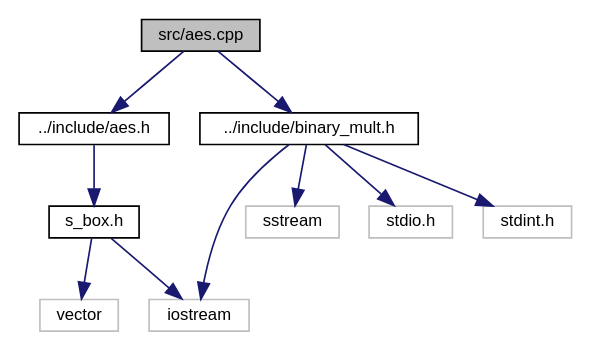
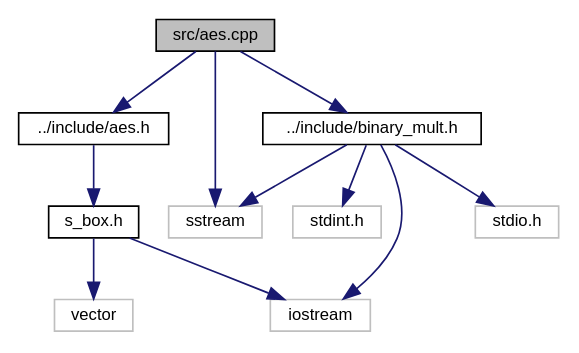
The diagram in docs/aes_8cpp__incl.dot (Eric-Durr/PRCT06-AES), drawn with Graphviz before and after one commit. The commit also changed 147 other files, not shown here.

```diff
--- a/docs/aes_8cpp__incl.dot
+++ b/docs/aes_8cpp__incl.dot
@@ -1,24 +1,24 @@
 digraph "src/aes.cpp"
 {
- // LATEX_PDF_SIZE
   edge [fontname="Helvetica",fontsize="10",labelfontname="Helvetica",labelfontsize="10"];
   node [fontname="Helvetica",fontsize="10",shape=record];
-  Node1 [label="src/aes.cpp",height=0.2,width=0.4,color="black", fillcolor="grey75", style="filled", fontcolor="black",tooltip=" "];
-  Node1 -> Node2 [color="midnightblue",fontsize="10",style="solid",fontname="Helvetica"];
-  Node2 [label="../include/aes.h",height=0.2,width=0.4,color="black", fillcolor="white", style="filled",URL="$aes_8h.html",tooltip=" "];
+  Node0 [label="src/aes.cpp",height=0.2,width=0.4,color="black", fillcolor="grey75", style="filled", fontcolor="black"];
+  Node0 -> Node1 [color="midnightblue",fontsize="10",style="solid",fontname="Helvetica"];
+  Node1 [label="sstream",height=0.2,width=0.4,color="grey75", fillcolor="white", style="filled"];
+  Node0 -> Node2 [color="midnightblue",fontsize="10",style="solid",fontname="Helvetica"];
+  Node2 [label="../include/aes.h",height=0.2,width=0.4,color="black", fillcolor="white", style="filled",URL="$aes_8h.html"];
   Node2 -> Node3 [color="midnightblue",fontsize="10",style="solid",fontname="Helvetica"];
-  Node3 [label="s_box.h",height=0.2,width=0.4,color="black", fillcolor="white", style="filled",URL="$s__box_8h.html",tooltip=" "];
+  Node3 [label="s_box.h",height=0.2,width=0.4,color="black", fillcolor="white", style="filled",URL="$s__box_8h.html"];
   Node3 -> Node4 [color="midnightblue",fontsize="10",style="solid",fontname="Helvetica"];
-  Node4 [label="vector",height=0.2,width=0.4,color="grey75", fillcolor="white", style="filled",tooltip=" "];
+  Node4 [label="vector",height=0.2,width=0.4,color="grey75", fillcolor="white", style="filled"];
   Node3 -> Node5 [color="midnightblue",fontsize="10",style="solid",fontname="Helvetica"];
-  Node5 [label="iostream",height=0.2,width=0.4,color="grey75", fillcolor="white", style="filled",tooltip=" "];
-  Node1 -> Node6 [color="midnightblue",fontsize="10",style="solid",fontname="Helvetica"];
-  Node6 [label="../include/binary_mult.h",height=0.2,width=0.4,color="black", fillcolor="white", style="filled",URL="$binary__mult_8h.html",tooltip=" "];
+  Node5 [label="iostream",height=0.2,width=0.4,color="grey75", fillcolor="white", style="filled"];
+  Node0 -> Node6 [color="midnightblue",fontsize="10",style="solid",fontname="Helvetica"];
+  Node6 [label="../include/binary_mult.h",height=0.2,width=0.4,color="black", fillcolor="white", style="filled",URL="$binary__mult_8h.html"];
   Node6 -> Node5 [color="midnightblue",fontsize="10",style="solid",fontname="Helvetica"];
+  Node6 -> Node1 [color="midnightblue",fontsize="10",style="solid",fontname="Helvetica"];
   Node6 -> Node7 [color="midnightblue",fontsize="10",style="solid",fontname="Helvetica"];
-  Node7 [label="sstream",height=0.2,width=0.4,color="grey75", fillcolor="white", style="filled",tooltip=" "];
+  Node7 [label="stdio.h",height=0.2,width=0.4,color="grey75", fillcolor="white", style="filled"];
   Node6 -> Node8 [color="midnightblue",fontsize="10",style="solid",fontname="Helvetica"];
-  Node8 [label="stdio.h",height=0.2,width=0.4,color="grey75", fillcolor="white", style="filled",tooltip=" "];
-  Node6 -> Node9 [color="midnightblue",fontsize="10",style="solid",fontname="Helvetica"];
-  Node9 [label="stdint.h",height=0.2,width=0.4,color="grey75", fillcolor="white", style="filled",tooltip=" "];
+  Node8 [label="stdint.h",height=0.2,width=0.4,color="grey75", fillcolor="white", style="filled"];
 }
```
